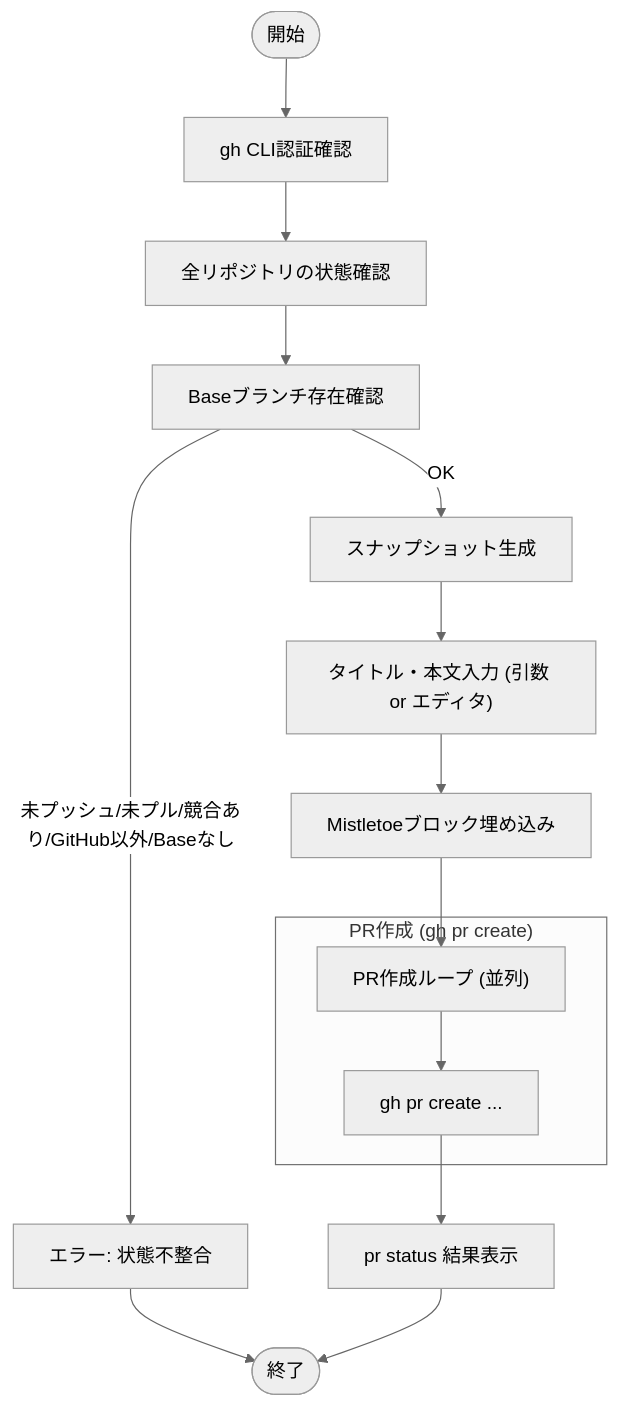
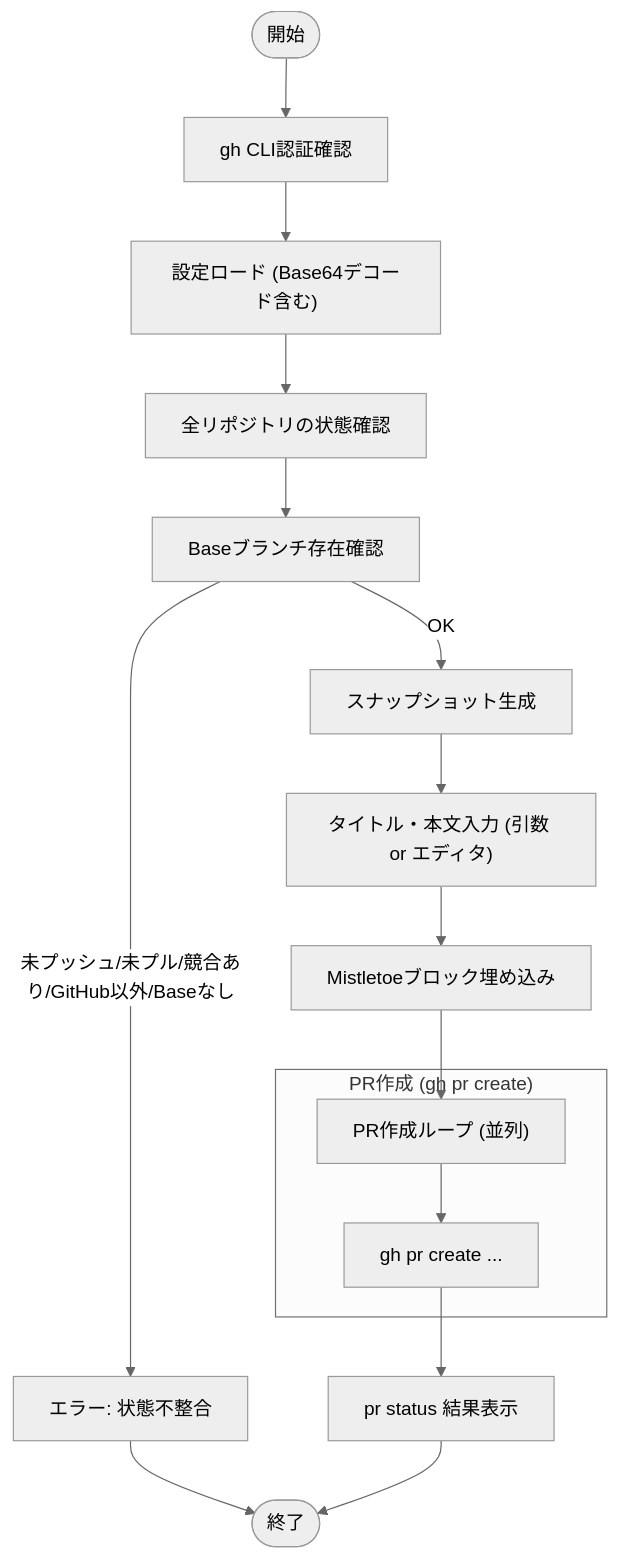
The diagram in docs/internal/app/pr_create.md (keiji/mistletoe), drawn with Mermaid (neutral theme) before and after one commit. The commit also changed 6 other files, not shown here.

First line of the commit message:
Update Mermaid diagrams to show Base64 decoding step

````diff
--- a/docs/internal/app/pr_create.md
+++ b/docs/internal/app/pr_create.md
@@ -26,22 +26,23 @@
 ```mermaid
 flowchart TD
     Start(["開始"]) --> ValidateAuth["gh CLI認証確認"]
-    ValidateAuth --> CheckClean["全リポジトリの状態確認"]
+    ValidateAuth --> LoadConfig["設定ロード (Base64デコード含む)"]
+    LoadConfig --> CheckClean["全リポジトリの状態確認"]
     CheckClean --> VerifyBase["Baseブランチ存在確認"]
 
     VerifyBase -- "未プッシュ/未プル/競合あり/GitHub以外/Baseなし" --> ErrorState["エラー: 状態不整合"]
     VerifyBase -- "OK" --> GenSnapshot["スナップショット生成"]
 
     GenSnapshot --> InputContent["タイトル・本文入力 (引数 or エディタ)"]
     InputContent --> EmbedBlock["Mistletoeブロック埋め込み"]
 
     EmbedBlock --> CreatePRs["PR作成ループ (並列)"]
 
     subgraph "PR作成 (gh pr create)"
         CreatePRs --> CallGH["gh pr create ..."]
     end
 
     CallGH --> ShowStatus["pr status 結果表示"]
     ErrorState --> Stop(["終了"])
     ShowStatus --> Stop
 ```
````
